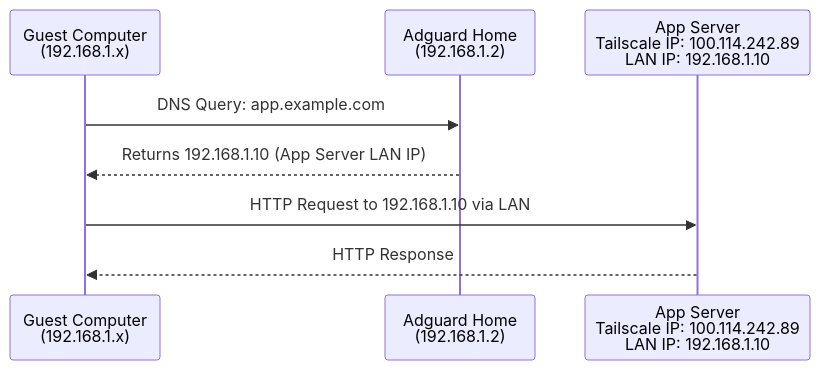
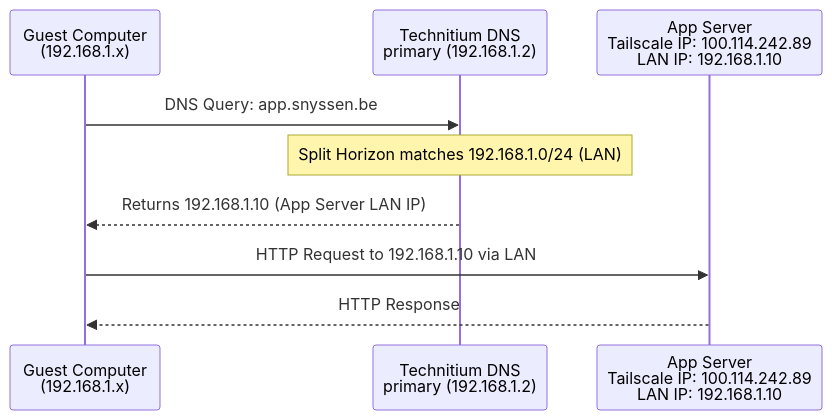
One commit to snyssen/mother-of-all-infra changed the fourth of 5 diagrams in docs/nix/network.md. Above: the diagram before and after it, drawn with Mermaid. The commit also changed other lines of this file and 1 other file, not shown here.

````diff
--- a/docs/nix/network.md
+++ b/docs/nix/network.md
@@ -49,12 +147,13 @@
 ```mermaid
 sequenceDiagram
     participant Guest as Guest Computer<br/>(192.168.1.x)
-    participant AdguardHome as Adguard Home<br/>(192.168.1.2)
+    participant TechDNS as Technitium DNS<br/>primary (192.168.1.2)
     participant AppServer as App Server<br/>Tailscale IP: 100.114.242.89<br/>LAN IP: 192.168.1.10
 
-    Guest->>AdguardHome: DNS Query: app.example.com
-    AdguardHome-->>Guest: Returns 192.168.1.10 (App Server LAN IP)
+    Guest->>TechDNS: DNS Query: app.snyssen.be
+    Note over TechDNS: Split Horizon matches 192.168.1.0/24 (LAN)
+    TechDNS-->>Guest: Returns 192.168.1.10 (App Server LAN IP)
 
     Guest->>AppServer: HTTP Request to 192.168.1.10 via LAN
     AppServer-->>Guest: HTTP Response
 ```
````
